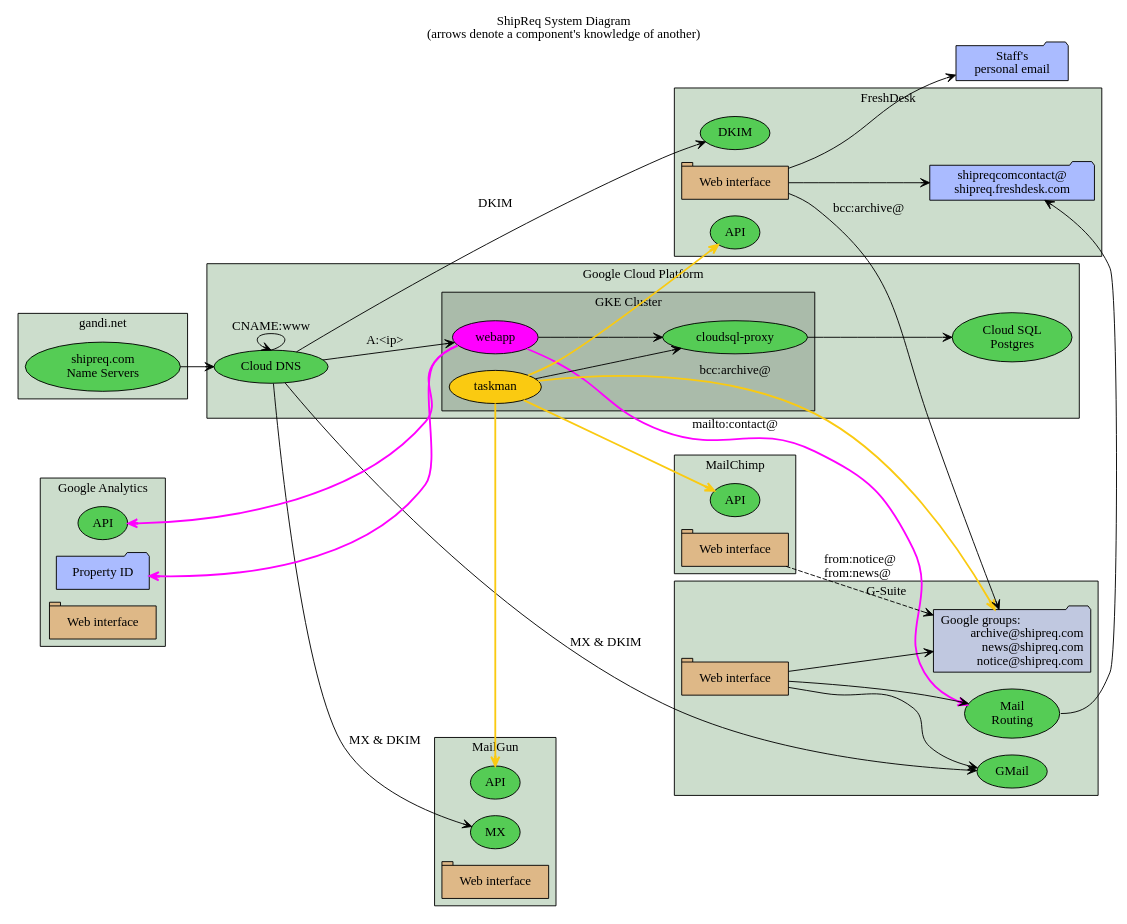
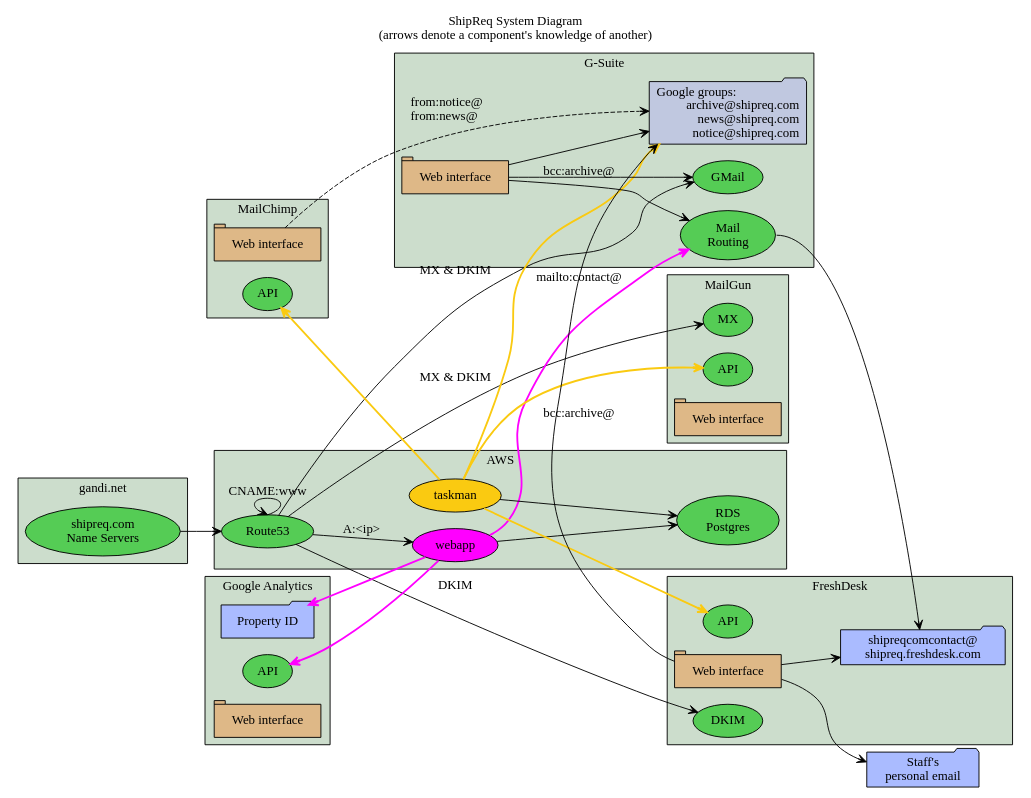
One commit to shipreq/shipreq changed the diagram in Design/system_diagram.gv. Above: the diagram before and after it, drawn with Graphviz. The commit also changed 10 other files, not shown here.

Commit message:
Update doc & diagrams

```diff
--- a/Design/system_diagram.gv
+++ b/Design/system_diagram.gv
@@ -1,105 +1,101 @@
 digraph G {
   rankdir=LR
   compound=true
   labelloc=t
   label="ShipReq System Diagram\n(arrows denote a component's knowledge of another)"
   style=filled fillcolor="#e2ffe2"
   node [style=filled fillcolor="#55cc55"]
   edge [arrowhead=vee arrowtail=vee]
 
   // -----------------------------------------------------------------------------------------------
 
   staff_mail [label="Staff's\npersonal email" shape=folder style=filled fillcolor="#aabbff"]
 
   subgraph cluster_gandi {
     fillcolor="#ccddcc"
     label="gandi.net"
     gandi_dns [label="shipreq.com\nName Servers"]
   }
 
-  subgraph cluster_gcp {
+  subgraph cluster_aws {
     fillcolor="#ccddcc"
-    label="Google Cloud Platform"
-    cloud_dns [label="Cloud DNS"]
-    cloud_sql [label="Cloud SQL\nPostgres"]
-    subgraph cluster_gke {
-      fillcolor="#aabbaa"
-      label="GKE Cluster"
-      webapp  [fillcolor="#FF00FF" label="webapp"]
-      taskman [fillcolor="#FACA11" label="taskman"]
-      cloudsqlproxy [label="cloudsql-proxy"]
-    }
+    label="AWS"
+    route53 [label="Route53"]
+    rds     [label="RDS\nPostgres"]
+    webapp  [fillcolor="#FF00FF" label="webapp"]
+    taskman [fillcolor="#FACA11" label="taskman"]
   }
 
   subgraph cluster_gsuite {
     fillcolor="#ccddcc"
     label="G-Suite"
     gsuite_mail [label="GMail"]
     gsuite_route [label="Mail\nRouting"]
     gsuite_web [label="Web interface" shape=tab fillcolor=burlywood]
     {node[shape=folder style=filled fillcolor="#c0c8e0"]
       gsuite_groups [label="Google groups:\larchive@shipreq.com\rnews@shipreq.com\rnotice@shipreq.com\r"]
     }
   }
 
   subgraph cluster_ga {
     fillcolor="#ccddcc"
     label="Google Analytics"
     ga_api [label="API"]
     ga_acct [label="Property ID" shape=folder style=filled fillcolor="#aabbff"]
     ga_web [label="Web interface" shape=tab fillcolor=burlywood]
   }
 
   subgraph cluster_mailgun {
     fillcolor="#ccddcc"
     label="MailGun"
     mg_mx [label="MX"]
     mg_api [label="API"]
     mg_web [label="Web interface" shape=tab fillcolor=burlywood]
   }
 
   subgraph cluster_mailchimp {
     fillcolor="#ccddcc"
     label="MailChimp"
     mc_api [label="API"]
     mc_web [label="Web interface" shape=tab fillcolor=burlywood]
   }
 
   subgraph cluster_freshdesk {
     fillcolor="#ccddcc"
     label="FreshDesk"
     fd_dkim [label="DKIM"]
     fd_mail [label="shipreqcomcontact@\nshipreq.freshdesk.com" shape=folder style=filled fillcolor="#aabbff"]
     fd_web [label="Web interface" shape=tab fillcolor=burlywood]
     fd_api [label="API"]
   }
 
   // -----------------------------------------------------------------------------------------------
 
-  cloud_dns      -> gsuite_mail [label="MX & DKIM"]
-  cloud_dns      -> mg_mx       [label="MX & DKIM"]
-  cloud_dns      -> fd_dkim     [label="DKIM"]
-  cloud_dns      -> webapp      [label="A:<ip>"]
-  cloud_dns:n    -> cloud_dns:n [label="CNAME:www " dir=back]
-  cloudsqlproxy  -> cloud_sql
+  ga_api -> fd_dkim [style=invis]
+
+  route53        -> gsuite_mail [label="MX & DKIM"]
+  route53        -> mg_mx       [label="MX & DKIM"]
+  route53        -> fd_dkim     [label="DKIM"]
+  route53        -> webapp      [label="A:<ip>"]
+  route53:n      -> route53:n [label="CNAME:www " dir=back]
   fd_web         -> fd_mail
   fd_web         -> gsuite_groups [label="bcc:archive@"]
   fd_web         -> staff_mail
-  gandi_dns      -> cloud_dns
-  gsuite_route:e -> fd_mail [constraint=false]
+  gandi_dns      -> route53
+  gsuite_route:e -> fd_mail
   gsuite_web     -> gsuite_mail,gsuite_groups,gsuite_route
   mc_web         -> gsuite_groups [style=dashed label="from:notice@\lfrom:news@\l"]
-  taskman        -> cloudsqlproxy
-  webapp         -> cloudsqlproxy
+  taskman        -> rds
+  webapp         -> rds
 
   edge[color="#FACA11" penwidth=2]
-  taskman        -> fd_api [constraint=false]
+  taskman        -> fd_api
   taskman        -> gsuite_groups [label="bcc:archive@"]
-  taskman        -> mg_api [constraint=false]
-  taskman        -> mc_api
+  taskman        -> mg_api
+  mc_api         -> taskman       [dir=back]
 
   edge[color="#FF00FF" penwidth=2]
   webapp         -> gsuite_route  [label="mailto:contact@"]
-  webapp         -> ga_acct,ga_api [constraint=false]
+  ga_acct,ga_api -> webapp        [dir=back]
 
 }
```
